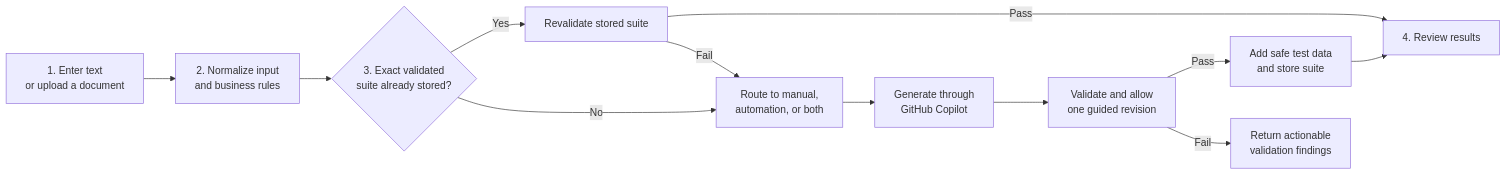
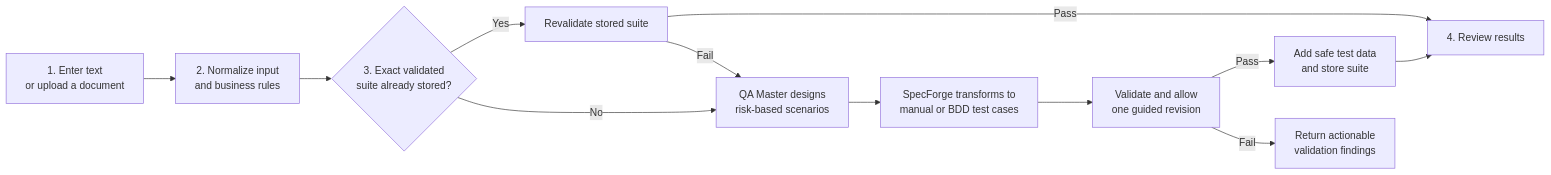
The first of 4 diagrams in README.md (sasidhar265/TestPilotAI), drawn with Mermaid before and after one commit. The commit also changed other lines of this file and 40 other files, not shown here.

````diff
--- a/README.md
+++ b/README.md
@@ -184,14 +186,14 @@
 ```mermaid
 flowchart LR
     A[1. Enter text<br/>or upload a document] --> B[2. Normalize input<br/>and business rules]
     B --> C{3. Exact validated<br/>suite already stored?}
     C -->|Yes| D[Revalidate stored suite]
-    C -->|No| E[Route to manual,<br/>automation, or both]
-    E --> F[Generate through<br/>GitHub Copilot]
+    C -->|No| E[QA Master designs<br/>risk-based scenarios]
+    E --> F[SpecForge transforms to<br/>manual or BDD test cases]
     F --> G[Validate and allow<br/>one guided revision]
     G -->|Pass| H[Add safe test data<br/>and store suite]
     G -->|Fail| I[Return actionable<br/>validation findings]
     D -->|Pass| J[4. Review results]
     D -->|Fail| E
     H --> J
 ```
````
